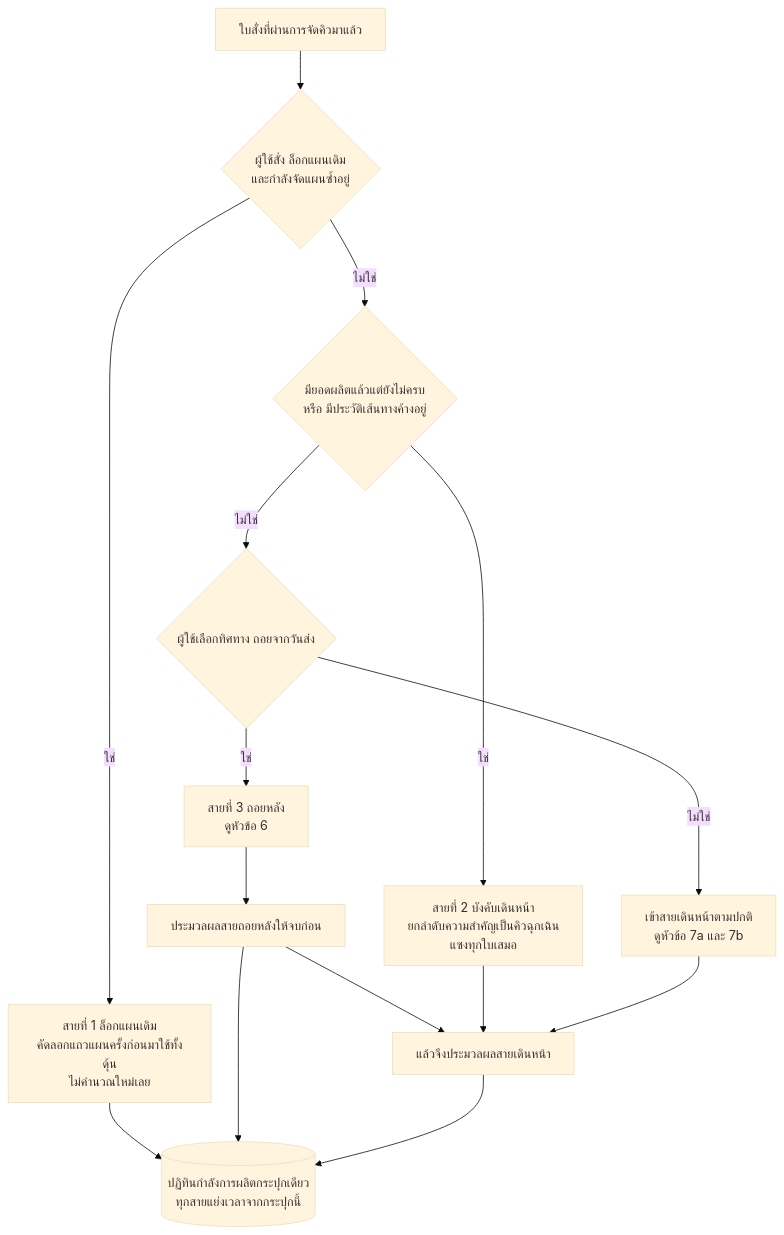
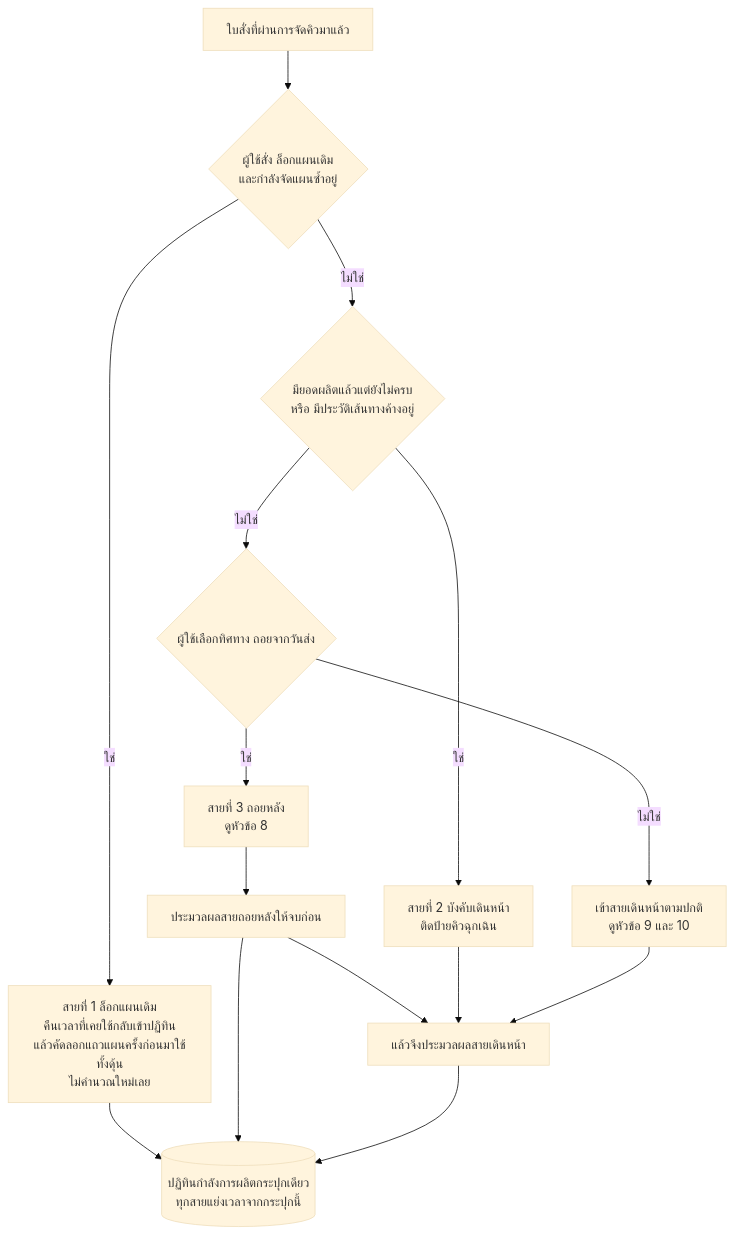
The eighth of 14 diagrams in backend/docs/SCHEDULER_FLOW.md (kornt-alt/mse-pc-auto-plan), drawn with Mermaid (base theme) before and after one commit. The commit also changed other lines of this file, not shown here.

````diff
--- a/backend/docs/SCHEDULER_FLOW.md
+++ b/backend/docs/SCHEDULER_FLOW.md
@@ -276,18 +441,18 @@
 ```mermaid
 flowchart TD
     A["ใบสั่งที่ผ่านการจัดคิวมาแล้ว"] --> D1{"ผู้ใช้สั่ง ล็อกแผนเดิม<br/>และกำลังจัดแผนซ้ำอยู่"}
-    D1 -->|"ใช่"| L["สายที่ 1 ล็อกแผนเดิม<br/>คัดลอกแถวแผนครั้งก่อนมาใช้ทั้งดุ้น<br/>ไม่คำนวณใหม่เลย"]
+    D1 -->|"ใช่"| L["สายที่ 1 ล็อกแผนเดิม<br/>คืนเวลาที่เคยใช้กลับเข้าปฏิทิน<br/>แล้วคัดลอกแถวแผนครั้งก่อนมาใช้ทั้งดุ้น<br/>ไม่คำนวณใหม่เลย"]
     D1 -->|"ไม่ใช่"| D2{"มียอดผลิตแล้วแต่ยังไม่ครบ<br/>หรือ มีประวัติเส้นทางค้างอยู่"}
-    D2 -->|"ใช่"| F1["สายที่ 2 บังคับเดินหน้า<br/>ยกลำดับความสำคัญเป็นคิวฉุกเฉิน<br/>แซงทุกใบเสมอ"]
+    D2 -->|"ใช่"| F1["สายที่ 2 บังคับเดินหน้า<br/>ติดป้ายคิวฉุกเฉิน"]
     D2 -->|"ไม่ใช่"| D3{"ผู้ใช้เลือกทิศทาง ถอยจากวันส่ง"}
-    D3 -->|"ใช่"| B["สายที่ 3 ถอยหลัง<br/>ดูหัวข้อ 6"]
-    D3 -->|"ไม่ใช่"| F2["เข้าสายเดินหน้าตามปกติ<br/>ดูหัวข้อ 7a และ 7b"]
+    D3 -->|"ใช่"| B["สายที่ 3 ถอยหลัง<br/>ดูหัวข้อ 8"]
+    D3 -->|"ไม่ใช่"| F2["เข้าสายเดินหน้าตามปกติ<br/>ดูหัวข้อ 9 และ 10"]
 
     L --> CAL[("ปฏิทินกำลังการผลิตกระปุกเดียว<br/>ทุกสายแย่งเวลาจากกระปุกนี้")]
     B --> ORD["ประมวลผลสายถอยหลังให้จบก่อน"]
     ORD --> ORD2["แล้วจึงประมวลผลสายเดินหน้า"]
     F1 --> ORD2
     F2 --> ORD2
     ORD --> CAL
     ORD2 --> CAL
 ```
````
